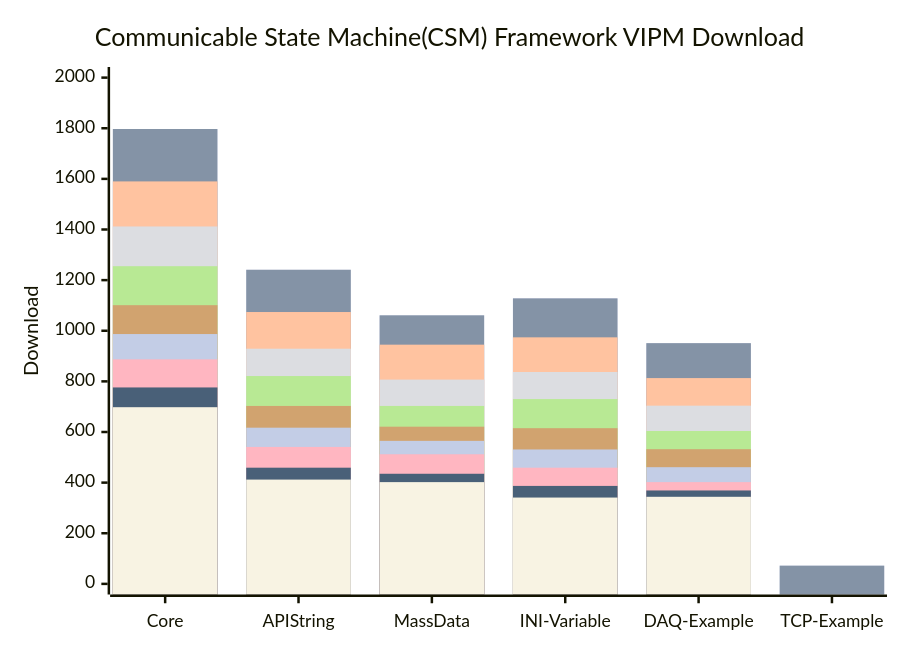
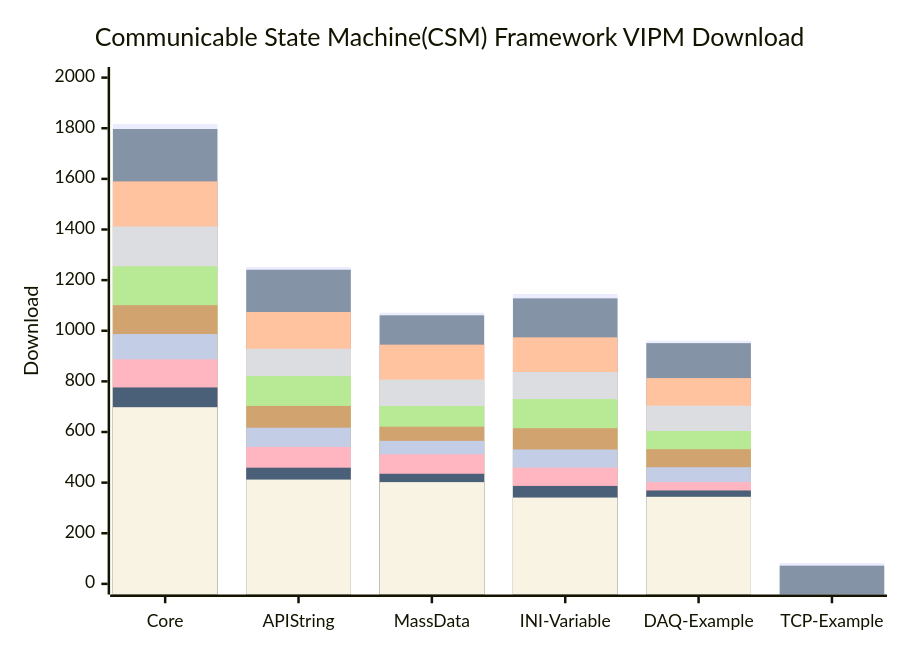
The diagram in profile/README.md (NEVSTOP-LAB/.github), drawn with Mermaid before and after one commit.

````diff
--- a/profile/README.md
+++ b/profile/README.md
@@ -31,16 +31,16 @@
 ```mermaid
     xychart-beta
     title "Communicable State Machine(CSM) Framework VIPM Download"
     x-axis [Core, API String, MassData, INI-Variable, DAQ-Example, TCP-Example]
     y-axis "Download" 0 --> 2000
-    bar   [1797, 1241, 1061, 1128, 951, 72]
+    bar   [1817, 1252, 1071, 1145, 961, 82]
     bar   [1797, 1241, 1061, 1128, 951, 72]
     bar   [1590, 1074, 945, 974, 813]
     bar   [1412, 929, 807, 837, 704]
     bar   [1255, 821, 703, 730, 604]
     bar   [1101, 703, 621, 615, 532]
     bar   [987, 617, 565, 531, 461]
     bar   [887, 541, 512, 459, 402]
     bar   [776, 459, 435, 387, 369]
     bar   [698, 412, 402, 341, 344]
 ```
````
